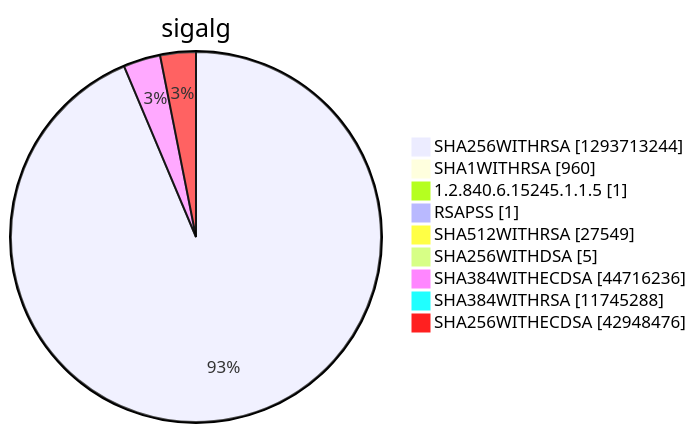
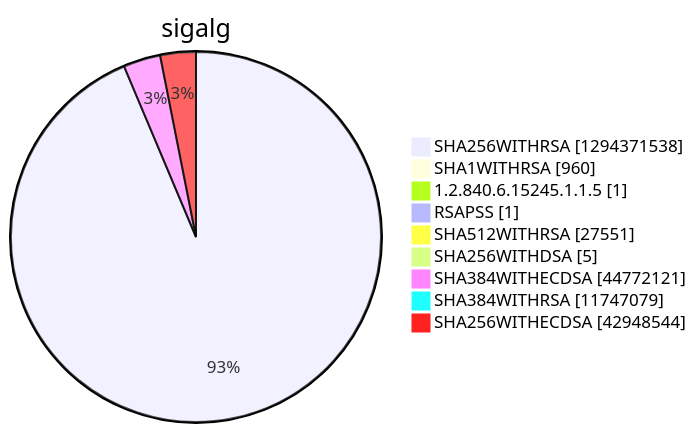
Diagram 15 of 15 in argon2022/README.md (christiankrug/ctmonitor_visualization), drawn with Mermaid before and after one commit. The commit also changed other lines of this file, not shown here.

````diff
--- a/argon2022/README.md
+++ b/argon2022/README.md
@@ -5523,13 +5523,13 @@
 ```mermaid
 pie showData
 title sigalg
-"SHA256WITHRSA" :1293713244
+"SHA256WITHRSA" :1294371538
 "SHA1WITHRSA" :960
 "1.2.840.6.15245.1.1.5" :1
 "RSAPSS" :1
-"SHA512WITHRSA" :27549
+"SHA512WITHRSA" :27551
 "SHA256WITHDSA" :5
-"SHA384WITHECDSA" :44716236
-"SHA384WITHRSA" :11745288
-"SHA256WITHECDSA" :42948476
+"SHA384WITHECDSA" :44772121
+"SHA384WITHRSA" :11747079
+"SHA256WITHECDSA" :42948544
 ```
````
